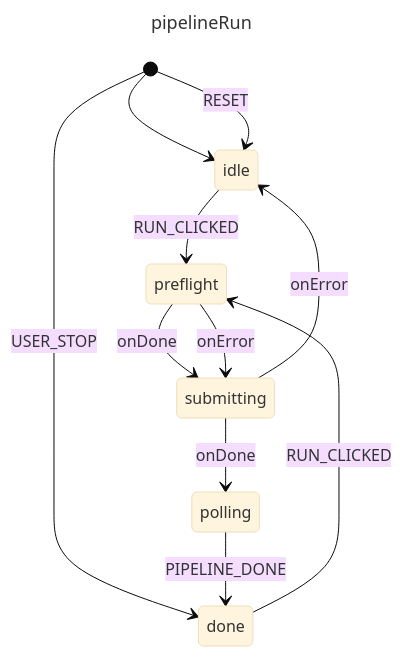
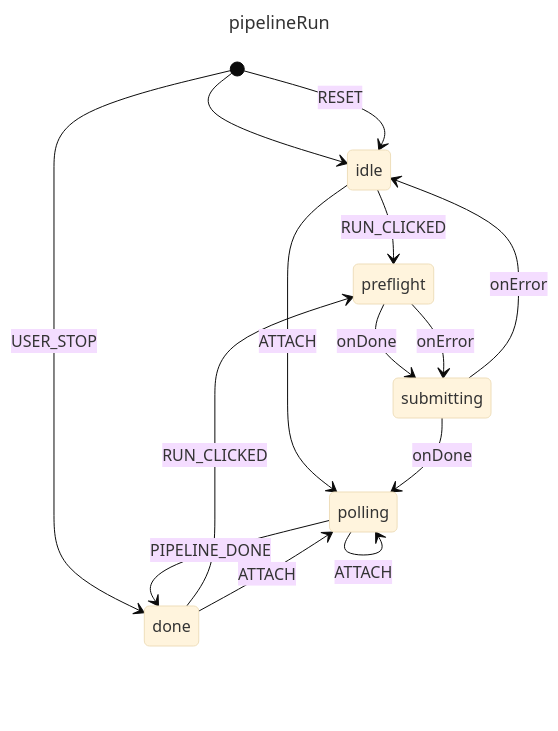
One commit to ddpoe/workflow-canvas changed the diagram in wfc/canvas/static/scripts/mermaid/pipelineRun.mmd. Above: the diagram before and after it, drawn with Mermaid (base theme). The commit also changed 606 other files, not shown here.

```diff
--- a/wfc/canvas/static/scripts/mermaid/pipelineRun.mmd
+++ b/wfc/canvas/static/scripts/mermaid/pipelineRun.mmd
@@ -1,14 +1,17 @@
 ---
 title: pipelineRun
 ---
 stateDiagram-v2
   [*] --> idle
   [*] --> idle: RESET
   [*] --> done: USER_STOP
   idle --> preflight: RUN_CLICKED
+  idle --> polling: ATTACH
   preflight --> submitting: onDone
   preflight --> submitting: onError
   submitting --> polling: onDone
   submitting --> idle: onError
   polling --> done: PIPELINE_DONE
+  polling --> polling: ATTACH
   done --> preflight: RUN_CLICKED
+  done --> polling: ATTACH
```
